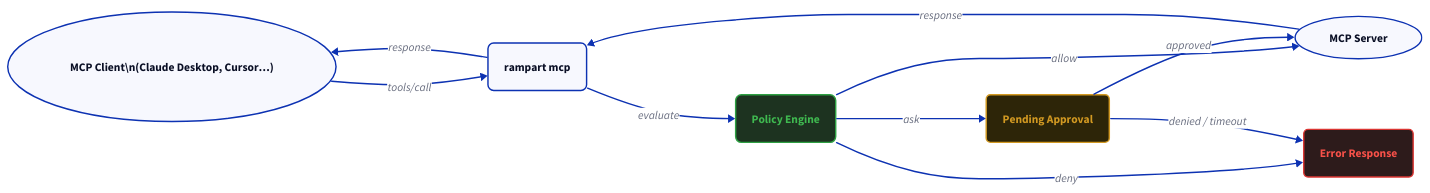
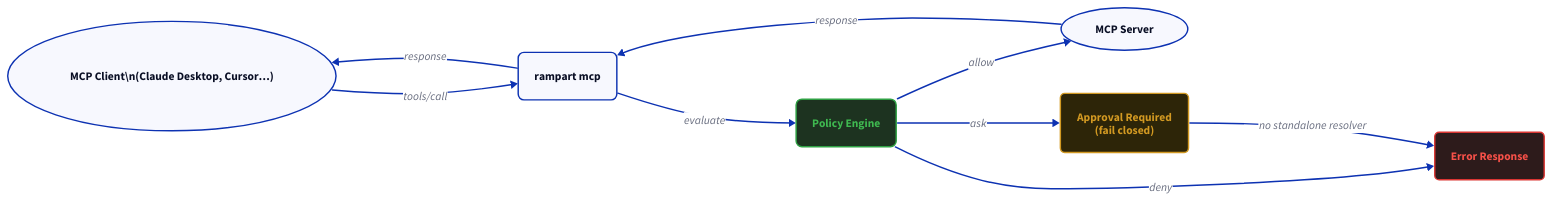
One commit to peg/rampart changed the diagram in docs-site/features/mcp-proxy.md. Above: the diagram before and after it, drawn with D2. The commit also changed other lines of this file and 304 other files, not shown here.

````diff
--- a/docs-site/features/mcp-proxy.md
+++ b/docs-site/features/mcp-proxy.md
@@ -43,27 +43,26 @@
 ```d2
 direction: right
 
 client: "MCP Client\\n(Claude Desktop, Cursor…)" {shape: oval}
 rampart: "rampart mcp" {style.border-radius: 8}
 engine: "Policy Engine" {
   style.fill: "#1d3320"; style.stroke: "#2ea043"; style.font-color: "#3fb950"; style.border-radius: 8
 }
 server: "MCP Server" {shape: oval}
 
 error: "Error Response" {
   style.fill: "#2d1b1b"; style.stroke: "#da3633"; style.font-color: "#f85149"; style.border-radius: 6
 }
-pending: "Pending Approval" {
+approval: "Approval Required\n(fail closed)" {
   style.fill: "#2d2508"; style.stroke: "#d29922"; style.font-color: "#d29922"; style.border-radius: 6
 }
 
 client -> rampart: "tools/call"
 rampart -> engine: "evaluate"
 engine -> server: "allow"
 engine -> error: "deny"
-engine -> pending: "ask"
-pending -> server: "approved"
-pending -> error: "denied / timeout"
+engine -> approval: "ask"
+approval -> error: "no standalone resolver"
 server -> rampart: "response"
 rampart -> client: "response"
 ```
````
